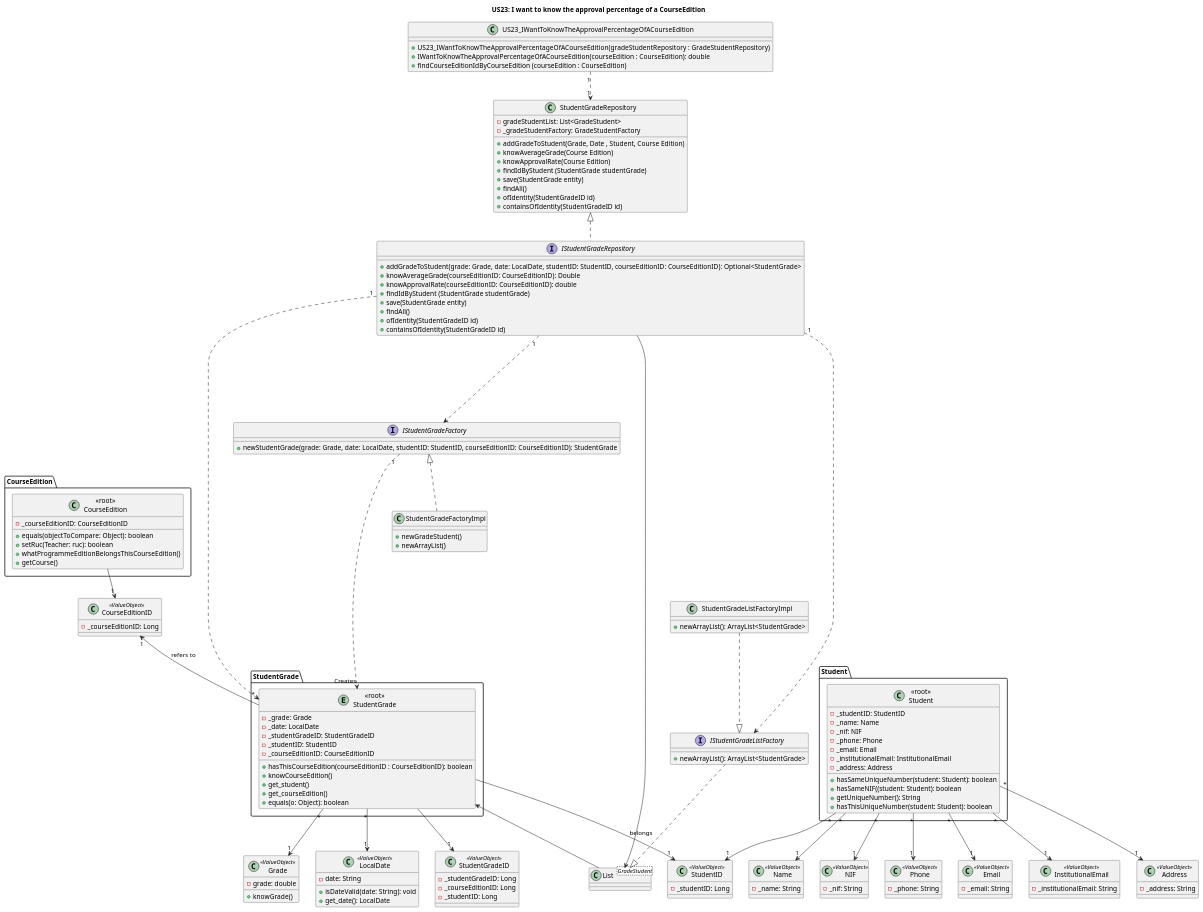
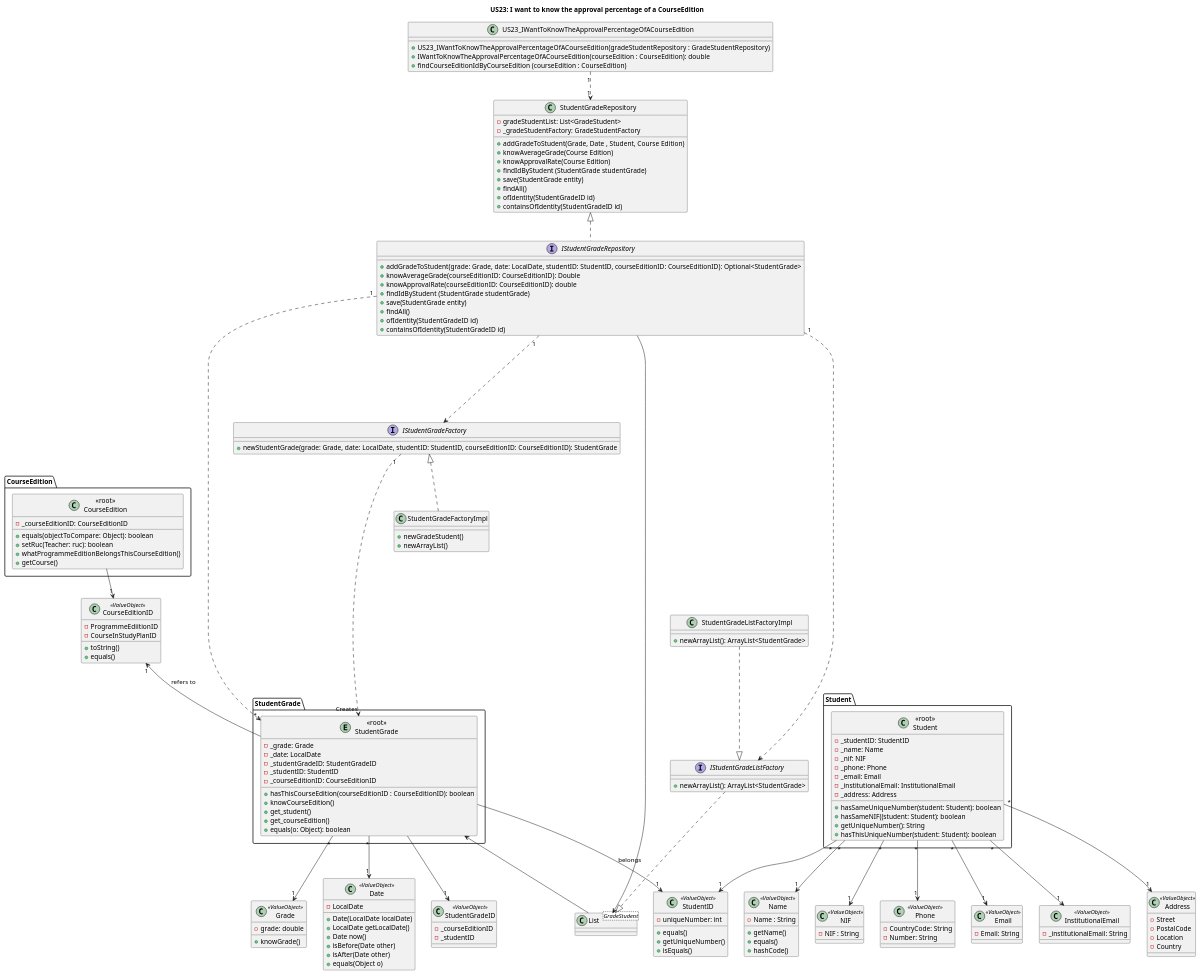
One commit to GasparISEP/DevOps-PAI changed the diagram in docs/US23/US23_iWantToKnowTheApprovalPercentageOfCourseEditionClassDiagramController.puml. Above: the diagram before and after it, drawn with PlantUML.

Commit message:
Ref #55 : Updated US23 class diagram with new attributes do VO's after colleagues added them

```diff
--- a/docs/US23/US23_iWantToKnowTheApprovalPercentageOfCourseEditionClassDiagramController.puml
+++ b/docs/US23/US23_iWantToKnowTheApprovalPercentageOfCourseEditionClassDiagramController.puml
@@ -1,181 +1,197 @@
 @startuml
 title US23: I want to know the approval percentage of a CourseEdition
 'left to right direction
 
 class US23_IWantToKnowTheApprovalPercentageOfACourseEdition  {
     +US23_IWantToKnowTheApprovalPercentageOfACourseEdition(gradeStudentRepository : GradeStudentRepository)
     +IWantToKnowTheApprovalPercentageOfACourseEdition(courseEdition : CourseEdition): double
     +findCourseEditionIdByCourseEdition (courseEdition : CourseEdition)
 }
 
 interface IStudentGradeRepository {
     +addGradeToStudent(grade: Grade, date: LocalDate, studentID: StudentID, courseEditionID: CourseEditionID): Optional<StudentGrade>
     +knowAverageGrade(courseEditionID: CourseEditionID): Double
     +knowApprovalRate(courseEditionID: CourseEditionID): double
     +findIdByStudent (StudentGrade studentGrade)
     +save(StudentGrade entity)
     +findAll()
     +ofIdentity(StudentGradeID id)
     +containsOfIdentity(StudentGradeID id)
 
 }
 
 package "StudentGrade" {
 entity "<<root>>\nStudentGrade" {
     -_grade: Grade
     -_date: LocalDate
     -_studentGradeID: StudentGradeID
     -_studentID: StudentID
     -_courseEditionID: CourseEditionID
     +hasThisCourseEdition(courseEditionID : CourseEditionID): boolean
     +knowCourseEdition()
     +get_student()
     +get_courseEdition()
     +equals(o: Object): boolean
 
     }
 }
 
 class Grade <<ValueObject>> {
      -grade: double
         +knowGrade()
     }
 
-    class LocalDate <<ValueObject>> {
-    -date: String
-    +isDateValid(date: String): void
-    +get_date(): LocalDate
+    class Date <<ValueObject>> {
+    -LocalDate
+    +Date(LocalDate localDate)
+    +LocalDate getLocalDate()
+    +Date now()
+    +isBefore(Date other)
+    +isAfter(Date other)
+    +equals(Object o)
     }
 
 class StudentGradeID <<ValueObject>> {
-    -_studentGradeID: Long
-    -_courseEditionID: Long
-    -_studentID: Long
+    -_courseEditionID
+    -_studentID
 }
 
 class StudentGradeRepository {
     -gradeStudentList: List<GradeStudent>
     - _gradeStudentFactory: GradeStudentFactory
     +addGradeToStudent(Grade, Date , Student, Course Edition)
     +knowAverageGrade(Course Edition)
     +knowApprovalRate(Course Edition)
     +findIdByStudent (StudentGrade studentGrade)
     +save(StudentGrade entity)
     +findAll()
     +ofIdentity(StudentGradeID id)
     +containsOfIdentity(StudentGradeID id)
 
 }
 
 
 class StudentGradeFactoryImpl {
     +newGradeStudent()
 }
 class List<GradeStudent> {
 
 }
 
 class StudentGradeFactoryImpl {
     +newArrayList()
 }
 
 class StudentGradeListFactoryImpl {
     +newArrayList(): ArrayList<StudentGrade>
 }
 
 interface IStudentGradeListFactory {
     +newArrayList(): ArrayList<StudentGrade>
 }
 
 interface IStudentGradeFactory {
     +newStudentGrade(grade: Grade, date: LocalDate, studentID: StudentID, courseEditionID: CourseEditionID): StudentGrade
 }
 
 package "Student" {
 class "<<root>>\nStudent" {
     -_studentID: StudentID
     -_name: Name
     -_nif: NIF
     -_phone: Phone
     -_email: Email
     -_institutionalEmail: InstitutionalEmail
     -_address: Address
     +hasSameUniqueNumber(student: Student): boolean
     +hasSameNIF((student: Student): boolean
     +getUniqueNumber(): String
     +hasThisUniqueNumber(student: Student): boolean
     }
 }
 
 class Name <<ValueObject>> {
-    -_name: String
+    -Name : String
+                        +getName()
+                        +equals()
+                        +hashCode()
     }
 
     class NIF <<ValueObject>> {
-    -_nif: String
+    -NIF : String
     }
 
     class Phone <<ValueObject>> {
-    -_phone: String
+    -CountryCode: String
+                             -Number: String
     }
 
     class Email <<ValueObject>> {
-    -_email: String
+   -Email: String
     }
 
     class InstitutionalEmail <<ValueObject>> {
     -_institutionalEmail: String
     }
 
     class Address <<ValueObject>> {
-    -_address: String
+     -Street
+                             -PostalCode
+                             -Location
+                             -Country
     }
 
 class StudentID <<ValueObject>> {
-    -_studentID: Long
+    -uniqueNumber: int
+    +equals()
+    +getUniqueNumber()
+    +isEquals()
 }
 package "CourseEdition" {
 class "<<root>>\nCourseEdition" {
     -_courseEditionID: CourseEditionID
     +equals(objectToCompare: Object): boolean
     +setRuc(Teacher: ruc): boolean
     +whatProgrammeEditionBelongsThisCourseEdition()
     +getCourse()
     }
 }
 
 class CourseEditionID <<ValueObject>> {
-    -_courseEditionID: Long
+   -ProgrammeEdiitionID
+   -CourseInStudyPlanID
+   +toString()
+   +equals()
 }
 
 "<<root>>\nStudentGrade" "*" --> "1" Grade
-"<<root>>\nStudentGrade" "*" --> "1" LocalDate
+"<<root>>\nStudentGrade" "*" --> "1" Date
 "<<root>>\nStudentGrade" --> "1" StudentID: belongs
 "<<root>>\nStudentGrade" --> "1" StudentGradeID
 "<<root>>\nStudentGrade" -up-> "1" CourseEditionID : refers to
 "<<root>>\nStudent" "*" --> "1" Name
 "<<root>>\nStudent" "*" --> "1" NIF
 "<<root>>\nStudent" "*" --> "1" Email
 "<<root>>\nStudent" "*" --> "1" Phone
 "<<root>>\nStudent" "*" --> "1" Address
 "<<root>>\nStudent" "*" --> "1" StudentID
 "<<root>>\nStudent" "*" --> "1" InstitutionalEmail
 IStudentGradeRepository "1" ....> IStudentGradeFactory
 IStudentGradeRepository "1" ....>  IStudentGradeListFactory
 IStudentGradeFactory "1" ....> "Creates" "<<root>>\nStudentGrade"
 StudentGradeListFactoryImpl ..|>  IStudentGradeListFactory
 IStudentGradeFactory  <|..  StudentGradeFactoryImpl
 IStudentGradeListFactory ..|> List
 "<<root>>\nStudentGrade" <-- List
 StudentGradeRepository <|.. IStudentGradeRepository
 List <-- IStudentGradeRepository
 
 "<<root>>\nCourseEdition" --> "1" CourseEditionID
 
 IStudentGradeRepository "1" ....> "*" "<<root>>\nStudentGrade"
 
 US23_IWantToKnowTheApprovalPercentageOfACourseEdition "1" ..> "1" StudentGradeRepository
 
 
 
 @enduml
```
